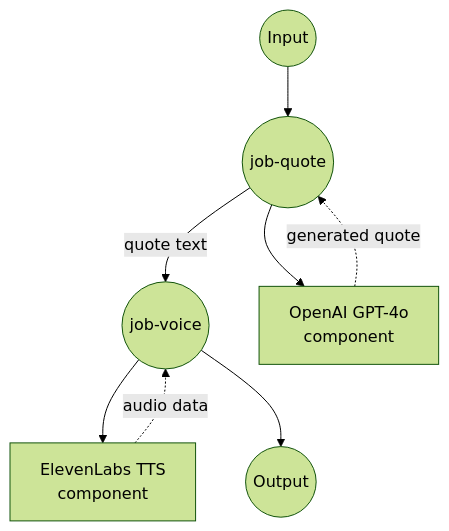
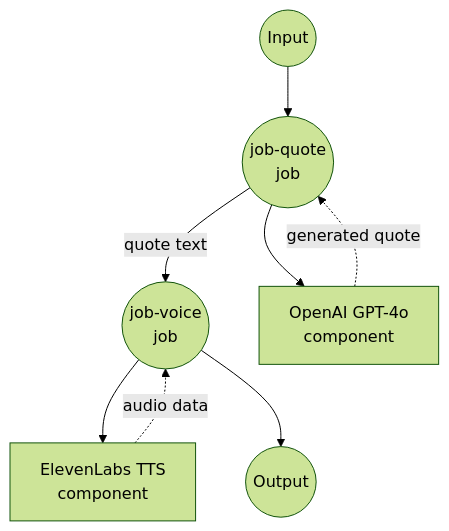
One commit to hanyeol/model-compose changed the diagram in examples/make-inspiring-quote-voice/README.md. Above: the diagram before and after it, drawn with Mermaid (forest theme). The commit also changed other lines of this file and 30 other files, not shown here.

````diff
--- a/examples/make-inspiring-quote-voice/README.md
+++ b/examples/make-inspiring-quote-voice/README.md
@@ -119,23 +119,23 @@
 ```mermaid
 graph TD
     %% Jobs (circles)
-    J1((job-quote))
-    J2((job-voice))
+    J1((job-quote<br/>job))
+    J2((job-voice<br/>job))
 
     %% Components (rectangles)
     C1[OpenAI GPT-4o<br/>component]
     C2[ElevenLabs TTS<br/>component]
 
     %% Job to component connections (solid: invokes, dotted: returns)
     J1 --> C1
     C1 -.-> |generated quote| J1
     J2 --> C2
     C2 -.-> |audio data| J2
 
     %% Job flow with dependencies
     J1 --> |quote text| J2
 
     %% Input/Output
     Input((Input)) --> J1
     J2 --> Output((Output))
 ```
````
